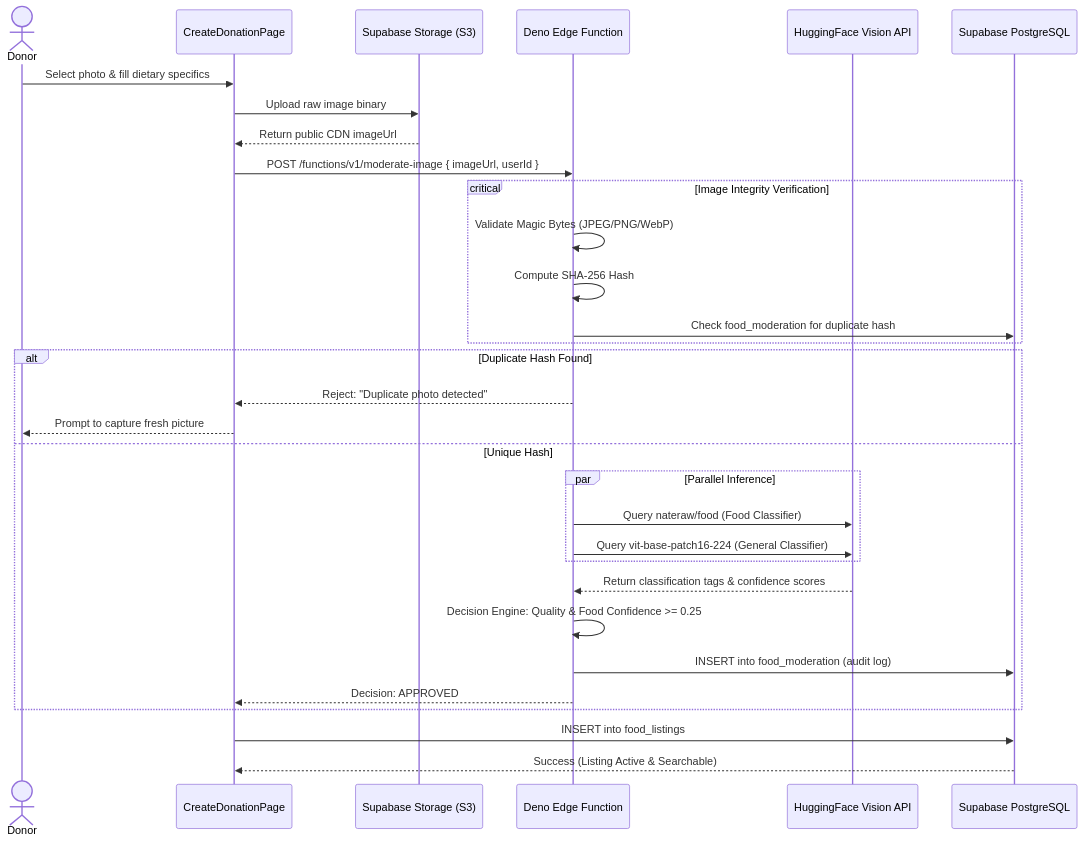
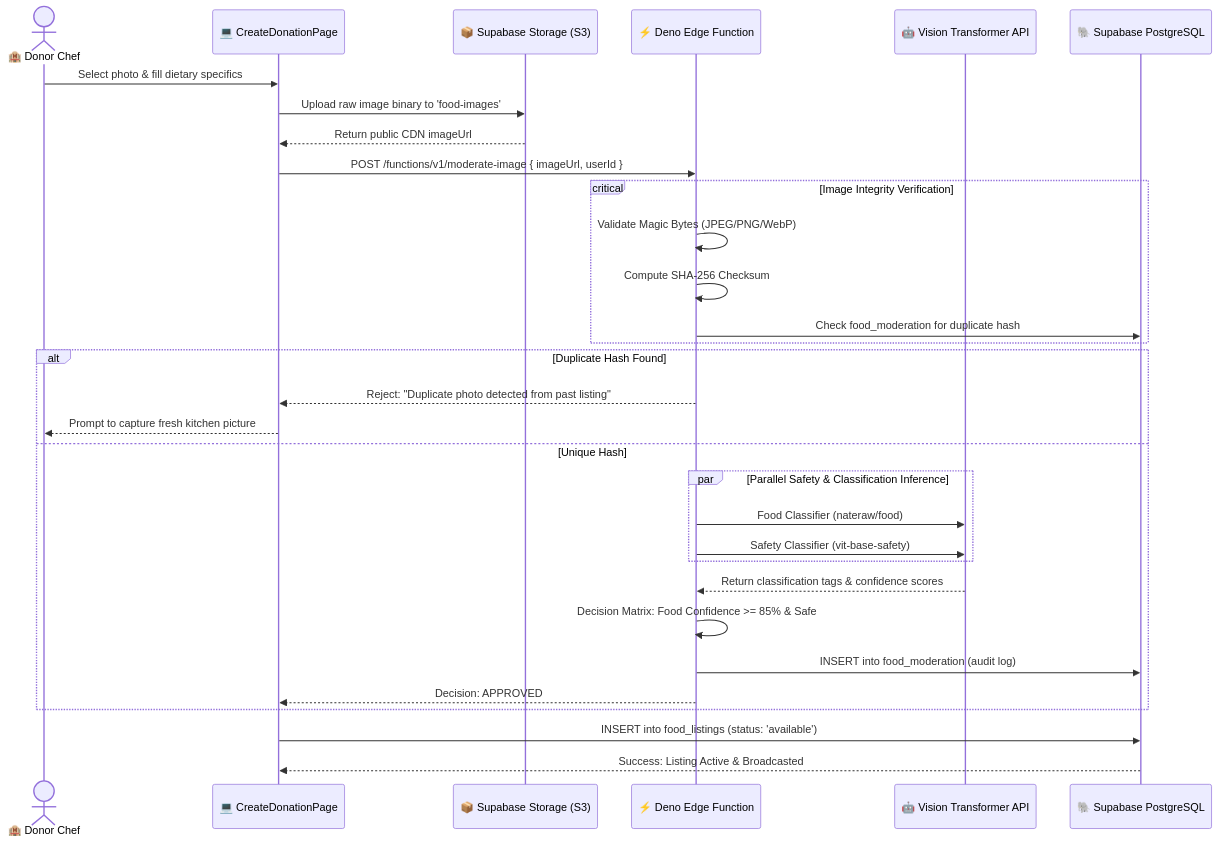
Before and after one commit to rohillanikhlesh2510/Sharebite---Food-rescuing-app: the third of 11 diagrams in docs/WORKFLOW_DIAGRAM.md, drawn with Mermaid. The commit also changed other lines of this file, not shown here.

Commit message:
docs(workflows): upgrade visual lifecycle diagrams, offline PWA sync, and FSSAI organoleptic decision flows

````diff
--- a/docs/WORKFLOW_DIAGRAM.md
+++ b/docs/WORKFLOW_DIAGRAM.md
@@ -118,37 +120,37 @@
 ```mermaid
 sequenceDiagram
-    actor Donor
-    participant UI as CreateDonationPage
-    participant Storage as Supabase Storage (S3)
-    participant Edge as Deno Edge Function
-    participant HF as HuggingFace Vision API
-    participant DB as Supabase PostgreSQL
+    actor Donor as 🏨 Donor Chef
+    participant UI as 💻 CreateDonationPage
+    participant Storage as 📦 Supabase Storage (S3)
+    participant Edge as ⚡ Deno Edge Function
+    participant VisionAI as 🤖 Vision Transformer API
+    participant DB as 🐘 Supabase PostgreSQL
 
     Donor->>UI: Select photo & fill dietary specifics
-    UI->>Storage: Upload raw image binary
+    UI->>Storage: Upload raw image binary to 'food-images'
     Storage-->>UI: Return public CDN imageUrl
     UI->>Edge: POST /functions/v1/moderate-image { imageUrl, userId }
 
     critical Image Integrity Verification
         Edge->>Edge: Validate Magic Bytes (JPEG/PNG/WebP)
-        Edge->>Edge: Compute SHA-256 Hash
+        Edge->>Edge: Compute SHA-256 Checksum
         Edge->>DB: Check food_moderation for duplicate hash
     end
 
     alt Duplicate Hash Found
-        Edge-->>UI: Reject: "Duplicate photo detected"
-        UI-->>Donor: Prompt to capture fresh picture
+        Edge-->>UI: Reject: "Duplicate photo detected from past listing"
+        UI-->>Donor: Prompt to capture fresh kitchen picture
     else Unique Hash
-        par Parallel Inference
-            Edge->>HF: Query nateraw/food (Food Classifier)
-            Edge->>HF: Query vit-base-patch16-224 (General Classifier)
+        par Parallel Safety & Classification Inference
+            Edge->>VisionAI: Food Classifier (nateraw/food)
+            Edge->>VisionAI: Safety Classifier (vit-base-safety)
         end
-        HF-->>Edge: Return classification tags & confidence scores
-        Edge->>Edge: Decision Engine: Quality & Food Confidence >= 0.25
+        VisionAI-->>Edge: Return classification tags & confidence scores
+        Edge->>Edge: Decision Matrix: Food Confidence >= 85% & Safe
         Edge->>DB: INSERT into food_moderation (audit log)
         Edge-->>UI: Decision: APPROVED
     end
 
-    UI->>DB: INSERT into food_listings
-    DB-->>UI: Success (Listing Active & Searchable)
+    UI->>DB: INSERT into food_listings (status: 'available')
+    DB-->>UI: Success: Listing Active & Broadcasted
 ```
````
